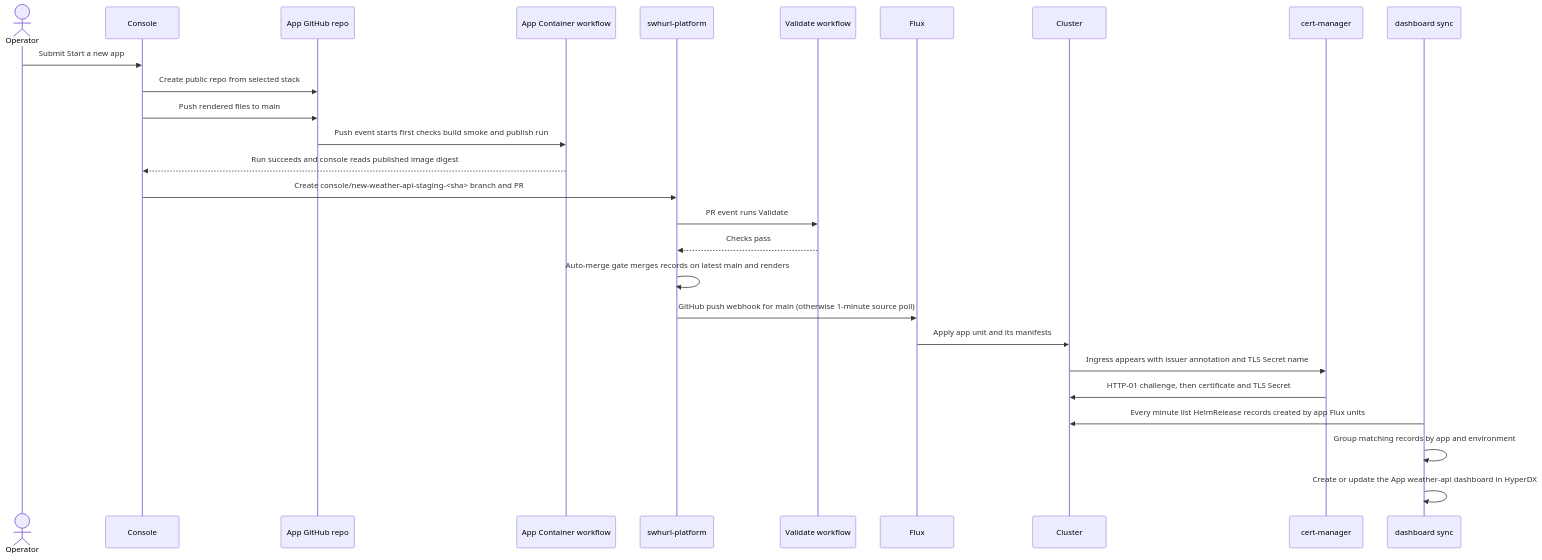
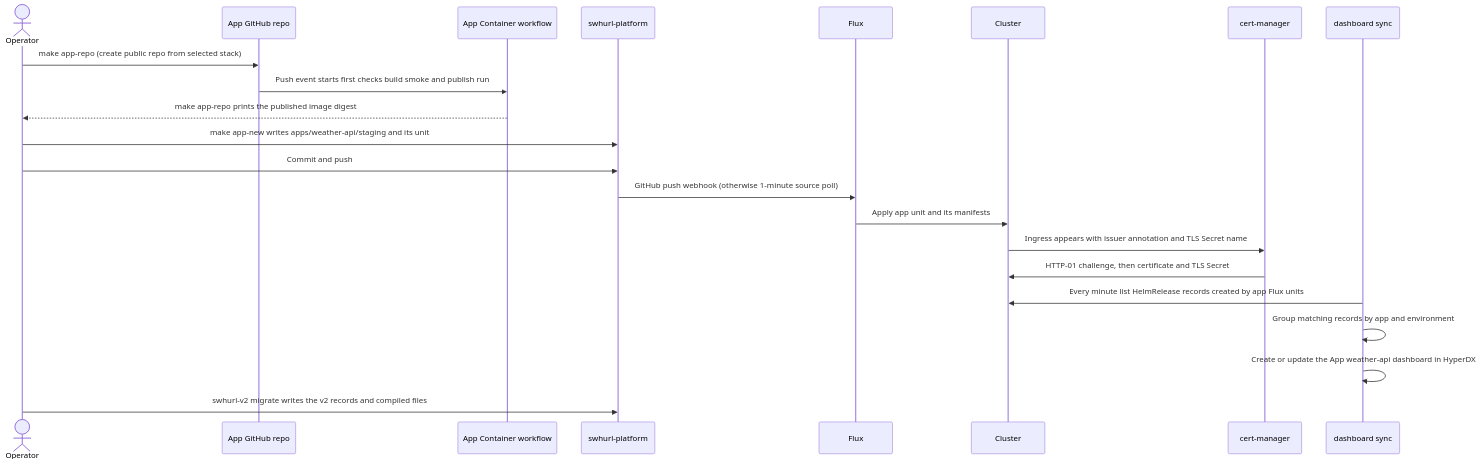
One commit to samclement/swhurl-platform changed the second of 9 diagrams in docs/apps.md. Above: the diagram before and after it, drawn with Mermaid. The commit also changed other lines of this file and 18 other files, not shown here.

Commit message:
console: write v2's records through swhurl-v2

````diff
--- a/docs/apps.md
+++ b/docs/apps.md
@@ -67,30 +67,25 @@
 ```mermaid
 sequenceDiagram
   actor Operator
-  participant Console
   participant AppRepo as App GitHub repo
   participant Actions as App Container workflow
   participant Platform as swhurl-platform
-  participant Validate as Validate workflow
   participant Flux
   participant Cluster
   participant CM as cert-manager
   participant Dash as dashboard sync
 
-  Operator->>Console: Submit Start a new app
-  Console->>AppRepo: Create public repo from selected stack
-  Console->>AppRepo: Push rendered files to main
+  Operator->>AppRepo: make app-repo (create public repo from selected stack)
   AppRepo->>Actions: Push event starts first checks build smoke and publish run
-  Actions-->>Console: Run succeeds and console reads published image digest
-  Console->>Platform: Create console/new-weather-api-staging-<sha> branch and PR
-  Platform->>Validate: PR event runs Validate
-  Validate-->>Platform: Checks pass
-  Platform->>Platform: Auto-merge gate merges records on latest main and renders
-  Platform->>Flux: GitHub push webhook for main (otherwise 1-minute source poll)
+  Actions-->>Operator: make app-repo prints the published image digest
+  Operator->>Platform: make app-new writes apps/weather-api/staging and its unit
+  Operator->>Platform: Commit and push
+  Platform->>Flux: GitHub push webhook (otherwise 1-minute source poll)
   Flux->>Cluster: Apply app unit and its manifests
   Cluster->>CM: Ingress appears with issuer annotation and TLS Secret name
   CM->>Cluster: HTTP-01 challenge, then certificate and TLS Secret
   Dash->>Cluster: Every minute list HelmRelease records created by app Flux units
   Dash->>Dash: Group matching records by app and environment
   Dash->>Dash: Create or update the App weather-api dashboard in HyperDX
+  Operator->>Platform: swhurl-v2 migrate writes the v2 records and compiled files
 ```
````
